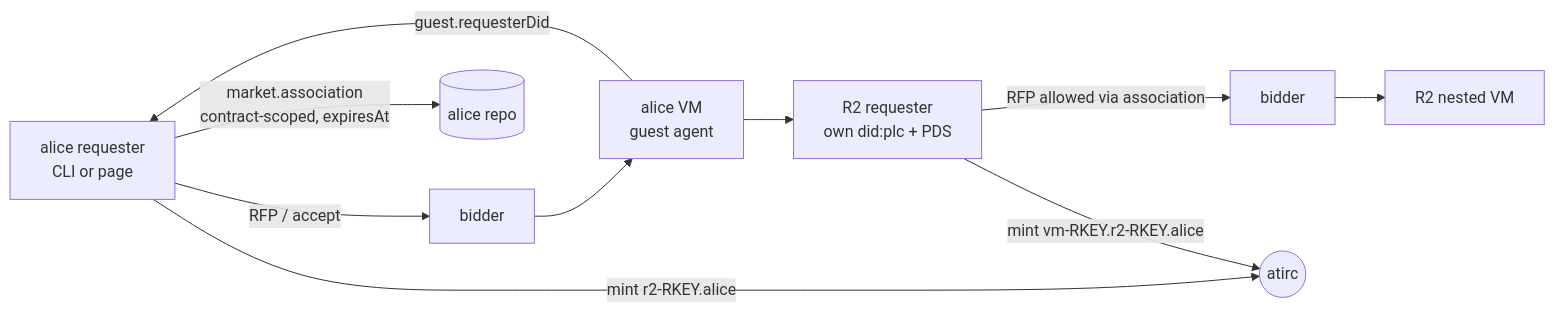
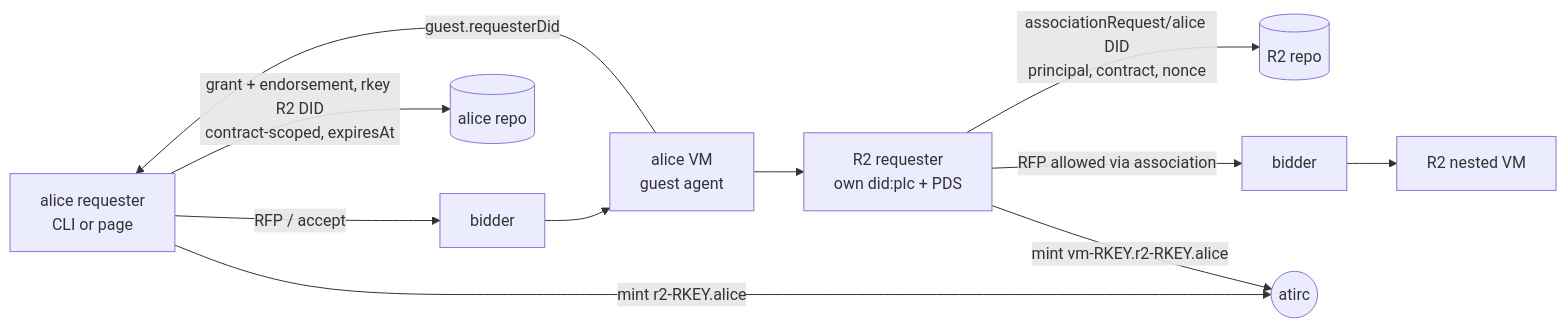
Before and after one commit to publicdomainrelay/socialweb-computer-kcp: the diagram in docs/acceptance/0005-guest-requester-association.md, drawn with Mermaid. The commit also changed other lines of this file and 6 other files, not shown here.

````diff
--- a/docs/acceptance/0005-guest-requester-association.md
+++ b/docs/acceptance/0005-guest-requester-association.md
@@ -12,12 +18,13 @@
 ```mermaid
 flowchart LR
   alice[alice requester<br/>CLI or page] -- RFP / accept --> b1[bidder]
   b1 --> vm1[alice VM<br/>guest agent]
   vm1 -- guest.requesterDid --> alice
-  alice -- market.association<br/>contract-scoped, expiresAt --> repoA[(alice repo)]
+  alice -- grant + endorsement, rkey R2 DID<br/>contract-scoped, expiresAt --> repoA[(alice repo)]
+  r2 -- associationRequest/alice DID<br/>principal, contract, nonce --> repoR2[(R2 repo)]
   vm1 --> r2[R2 requester<br/>own did:plc + PDS]
   r2 -- RFP allowed via association --> b2[bidder]
   b2 --> vm2[R2 nested VM]
   alice -- mint r2-RKEY.alice --> atirc((atirc))
   r2 -- mint vm-RKEY.r2-RKEY.alice --> atirc
 ```
````
